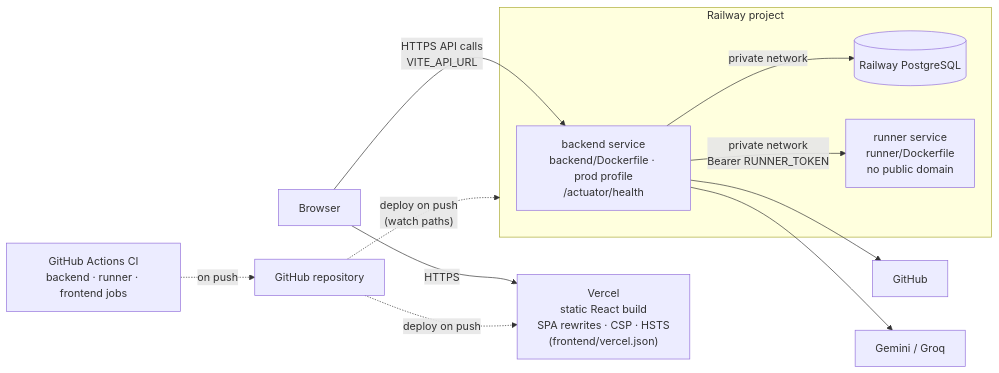
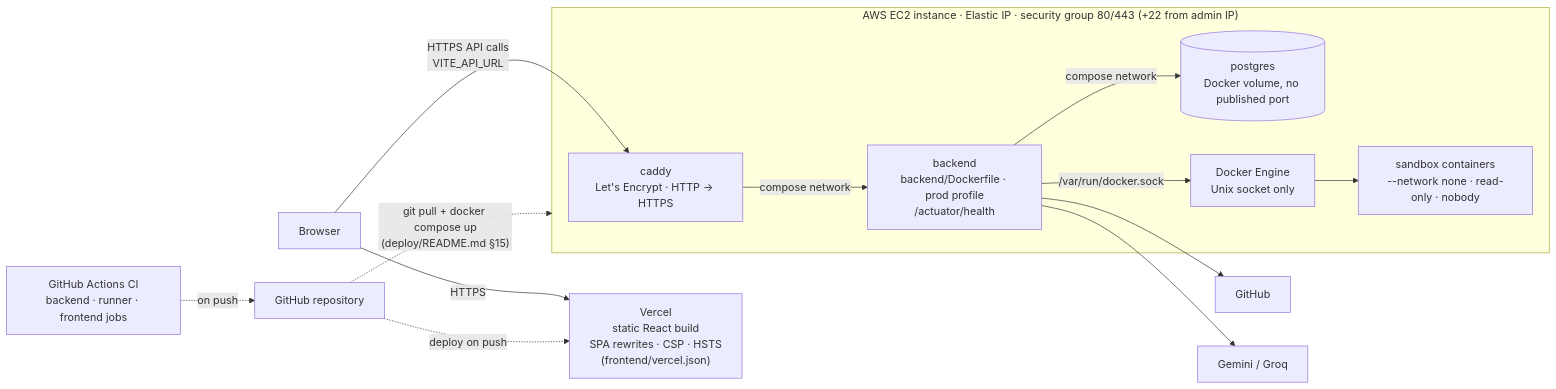
One commit to Amartya989870xxxx/Engiens changed the eighth of 8 diagrams in ARCHITECTURE.md. Above: the diagram before and after it, drawn with Mermaid. The commit also changed other lines of this file and 2 other files, not shown here.

Commit message:
docs: describe EC2 as the primary deployment
README, ARCHITECTURE and DECISIONS now show production on one EC2 instance
running the Docker sandbox, with the runner service only as the Railway
fallback; the deployment diagram, execution table, limitations (single VM,
Docker socket) and decision 14 are updated.

````diff
--- a/ARCHITECTURE.md
+++ b/ARCHITECTURE.md
@@ -243,17 +247,21 @@
 ```mermaid
 flowchart LR
     B["Browser"] -- HTTPS --> V["Vercel<br/>static React build<br/>SPA rewrites · CSP · HSTS<br/>(frontend/vercel.json)"]
-    B -- "HTTPS API calls<br/>VITE_API_URL" --> BE
-    subgraph R["Railway project"]
-        BE["backend service<br/>backend/Dockerfile · prod profile<br/>/actuator/health"]
-        PG[("Railway PostgreSQL")]
-        RN["runner service<br/>runner/Dockerfile<br/>no public domain"]
-        BE -- "private network" --> PG
-        BE -- "private network<br/>Bearer RUNNER_TOKEN" --> RN
+    B -- "HTTPS API calls<br/>VITE_API_URL" --> CD
+    subgraph EC2["AWS EC2 instance · Elastic IP · security group 80/443 (+22 from admin IP)"]
+        CD["caddy<br/>Let's Encrypt · HTTP → HTTPS"]
+        BE["backend<br/>backend/Dockerfile · prod profile<br/>/actuator/health"]
+        PG[("postgres<br/>Docker volume, no published port")]
+        DE["Docker Engine<br/>Unix socket only"]
+        SB["sandbox containers<br/>--network none · read-only · nobody"]
+        CD -- "compose network" --> BE
+        BE -- "compose network" --> PG
+        BE -- "/var/run/docker.sock" --> DE
+        DE --> SB
     end
     BE --> GH["GitHub"]
     BE --> AI["Gemini / Groq"]
     CI["GitHub Actions CI<br/>backend · runner · frontend jobs"] -. "on push" .-> GHR["GitHub repository"]
     GHR -. "deploy on push" .-> V
-    GHR -. "deploy on push<br/>(watch paths)" .-> R
+    GHR -. "git pull + docker compose up<br/>(deploy/README.md §15)" .-> EC2
 ```
````
